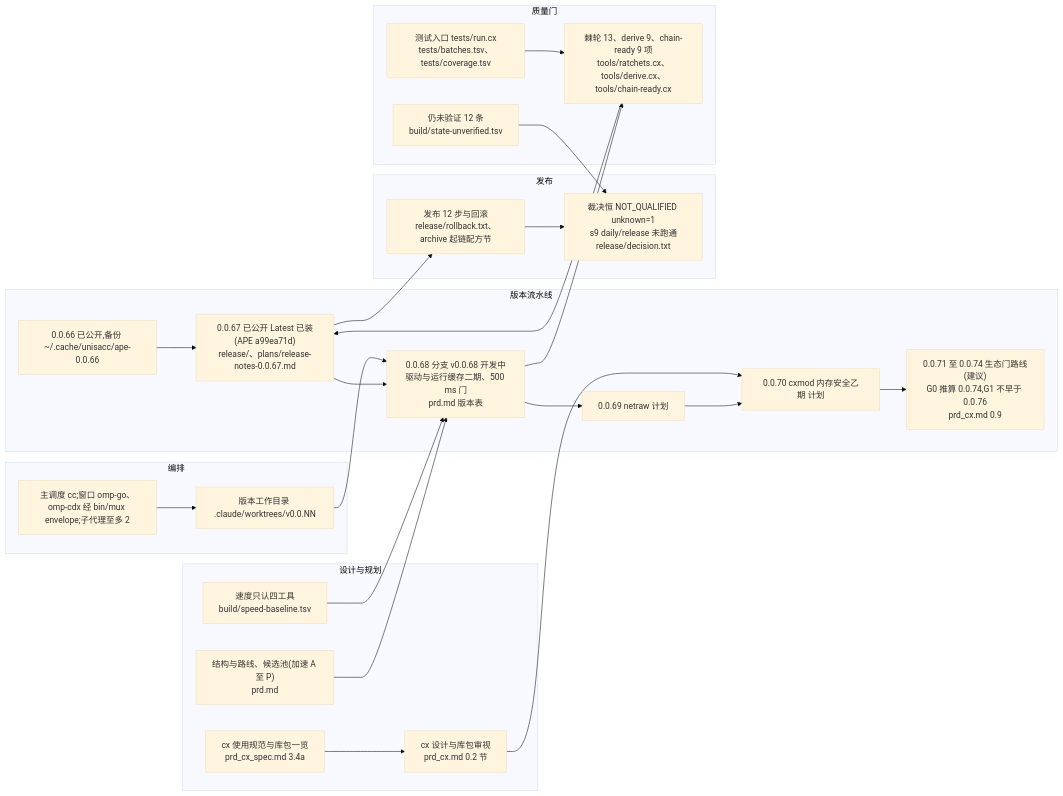
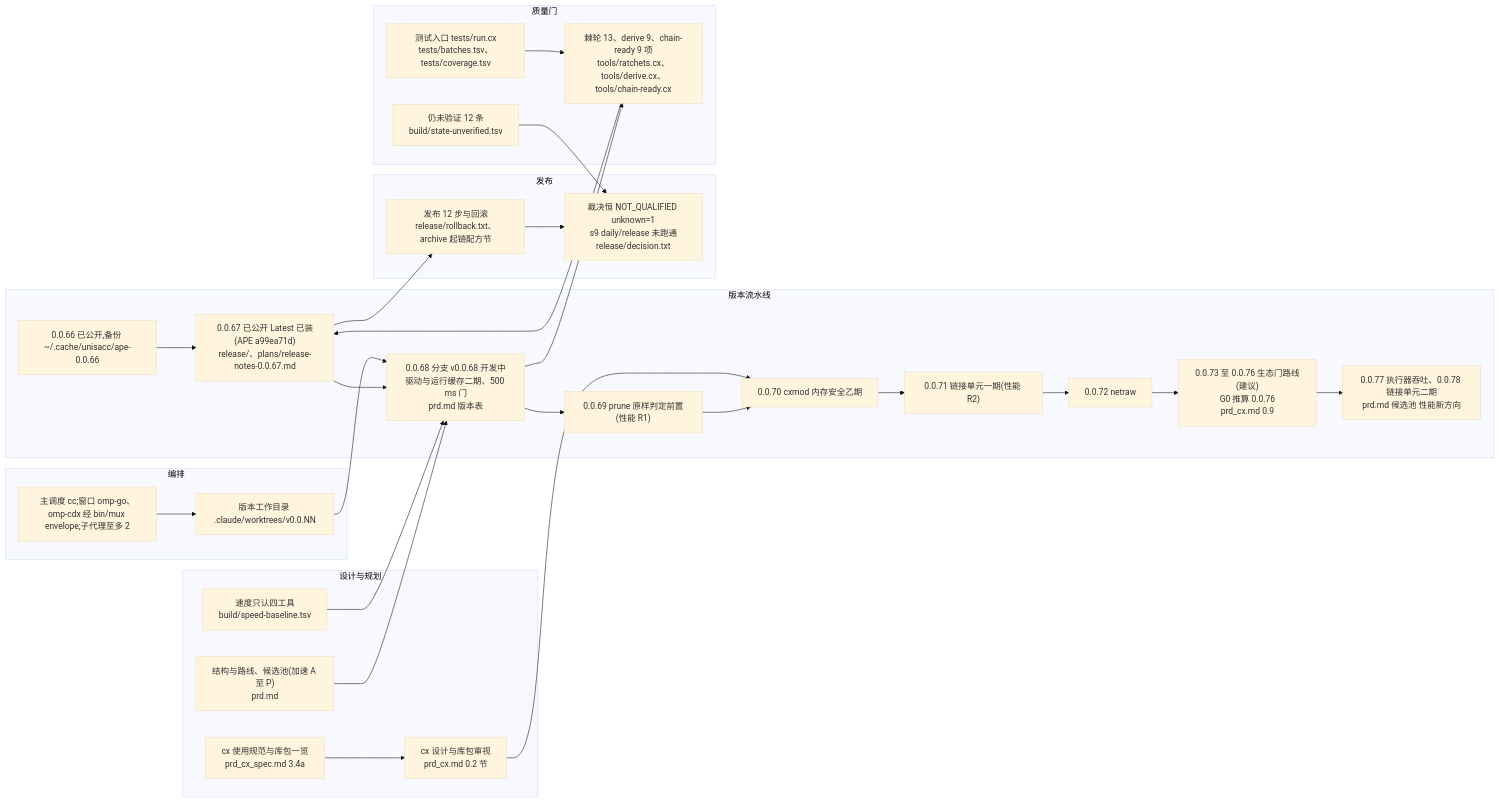
Before and after one commit to partnernetsoftware/unisacc: the diagram in prd_mempalace.md, drawn with Mermaid (base theme). The commit also changed 3 other files, not shown here.

Commit message:
性能新方向入计划:prd.md 候选池加 R1 至 R5 与定因(hello 闭包重算约 400 ms、prune 恒等、缺链接步),版本表加 0.0.69 prune 原样判定、0.0.71 链接单元一期、0.0.77 执行器吞吐、0.0.78 链接单元二期,netraw 顺延 0.0.72、生态线顺延 0.0.73 至 0.0.76;版本序与地图同步

````diff
--- a/prd_mempalace.md
+++ b/prd_mempalace.md
@@ -15,41 +15,44 @@
 ```mermaid
 flowchart LR
   subgraph 版本流水线
     V66["0.0.66 已公开,备份 ~/.cache/unisacc/ape-0.0.66"]
     V67["0.0.67 已公开 Latest 已装(APE a99ea71d)<br/>release/、plans/release-notes-0.0.67.md"]
     V68["0.0.68 分支 v0.0.68 开发中<br/>驱动与运行缓存二期、500 ms 门<br/>prd.md 版本表"]
-    V69["0.0.69 netraw 计划"]
-    V70["0.0.70 cxmod 内存安全乙期 计划"]
-    ECO["0.0.71 至 0.0.74 生态门路线(建议)<br/>G0 推算 0.0.74,G1 不早于 0.0.76<br/>prd_cx.md 0.9"]
-    V66 --> V67 --> V68 --> V69 --> V70 --> ECO
+    V69["0.0.69 prune 原样判定前置(性能 R1)"]
+    V70["0.0.70 cxmod 内存安全乙期"]
+    V71["0.0.71 链接单元一期(性能 R2)"]
+    V72["0.0.72 netraw"]
+    ECO["0.0.73 至 0.0.76 生态门路线(建议)<br/>G0 推算 0.0.76<br/>prd_cx.md 0.9"]
+    PERF["0.0.77 执行器吞吐、0.0.78 链接单元二期<br/>prd.md 候选池 性能新方向"]
+    V66 --> V67 --> V68 --> V69 --> V70 --> V71 --> V72 --> ECO --> PERF
   end
   subgraph 发布
     REL["发布 12 步与回滚<br/>release/rollback.txt、archive 起链配方节"]
     Q["裁决恒 NOT_QUALIFIED unknown=1<br/>s9 daily/release 未跑通<br/>release/decision.txt"]
   end
   subgraph 质量门
     GATE["棘轮 13、derive 9、chain-ready 9 项<br/>tools/ratchets.cx、tools/derive.cx、tools/chain-ready.cx"]
     TEST["测试入口 tests/run.cx<br/>tests/batches.tsv、tests/coverage.tsv"]
     UV["仍未验证 12 条<br/>build/state-unverified.tsv"]
   end
   subgraph 设计与规划
     PRD["结构与路线、候选池(加速 A 至 P)<br/>prd.md"]
     CX["cx 设计与库包审视<br/>prd_cx.md 0.2 节"]
     SPEC["cx 使用规范与库包一览<br/>prd_cx_spec.md 3.4a"]
     SPEED["速度只认四工具<br/>build/speed-baseline.tsv"]
   end
   subgraph 编排
     ORCH["主调度 cc;窗口 omp-go、omp-cdx 经 bin/mux envelope;子代理至多 2"]
     WT["版本工作目录 .claude/worktrees/v0.0.NN"]
   end
   V67 --> REL --> Q
   V68 --> GATE
   GATE --> V67
   TEST --> GATE
   UV --> Q
   PRD --> V68
   CX --> V70
   SPEC --> CX
   SPEED --> V68
   ORCH --> WT --> V68
 ```
````
